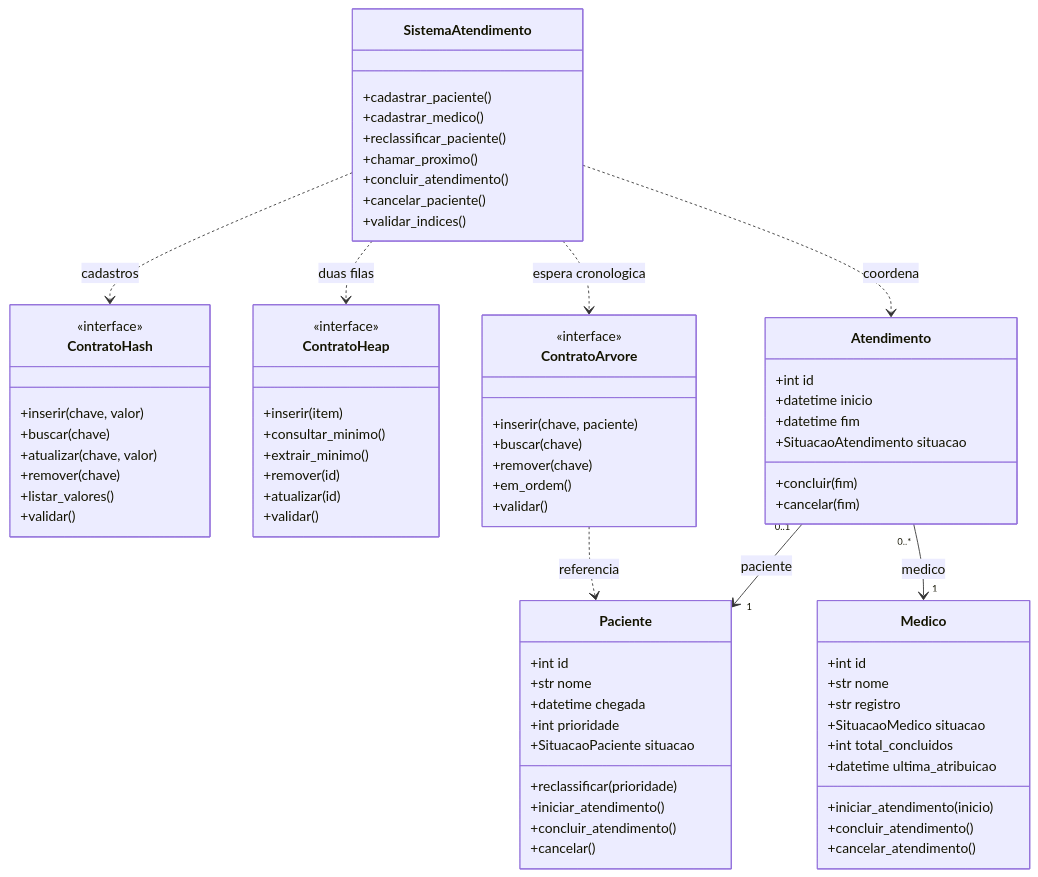
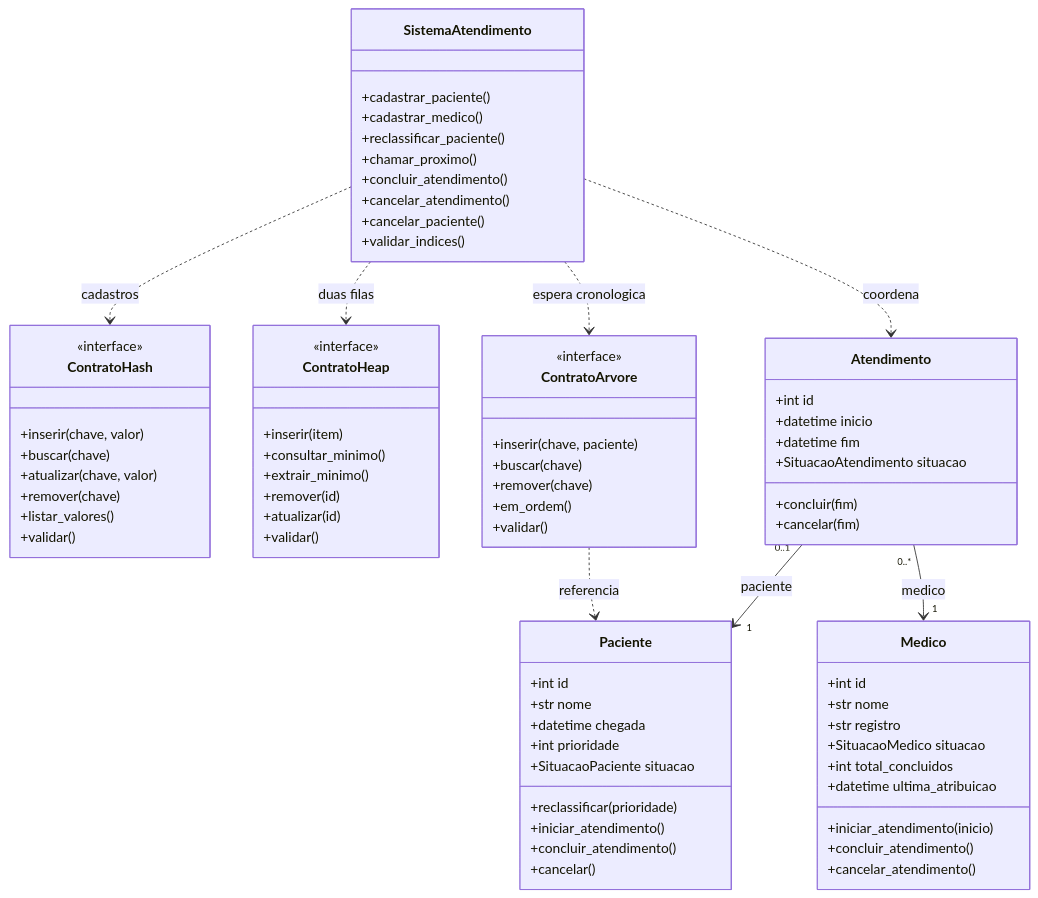
Before and after one commit to thiago-de-mattos/SIGAE: the diagram in docs/arquitetura.md, drawn with Mermaid. The commit also changed other lines of this file and 4 other files, not shown here.

````diff
--- a/docs/arquitetura.md
+++ b/docs/arquitetura.md
@@ -377,76 +329,77 @@
 ```mermaid
 classDiagram
     direction TB
     class SistemaAtendimento {
         +cadastrar_paciente()
         +cadastrar_medico()
         +reclassificar_paciente()
         +chamar_proximo()
         +concluir_atendimento()
+        +cancelar_atendimento()
         +cancelar_paciente()
         +validar_indices()
     }
     class ContratoHash {
         <<interface>>
         +inserir(chave, valor)
         +buscar(chave)
         +atualizar(chave, valor)
         +remover(chave)
         +listar_valores()
         +validar()
     }
     class ContratoHeap {
         <<interface>>
         +inserir(item)
         +consultar_minimo()
         +extrair_minimo()
         +remover(id)
         +atualizar(id)
         +validar()
     }
     class ContratoArvore {
         <<interface>>
         +inserir(chave, paciente)
         +buscar(chave)
         +remover(chave)
         +em_ordem()
         +validar()
     }
     class Paciente {
         +int id
         +str nome
         +datetime chegada
         +int prioridade
         +SituacaoPaciente situacao
         +reclassificar(prioridade)
         +iniciar_atendimento()
         +concluir_atendimento()
         +cancelar()
     }
     class Medico {
         +int id
         +str nome
         +str registro
         +SituacaoMedico situacao
         +int total_concluidos
         +datetime ultima_atribuicao
         +iniciar_atendimento(inicio)
         +concluir_atendimento()
         +cancelar_atendimento()
     }
     class Atendimento {
         +int id
         +datetime inicio
         +datetime fim
         +SituacaoAtendimento situacao
         +concluir(fim)
         +cancelar(fim)
     }
     SistemaAtendimento ..> ContratoHash : cadastros
     SistemaAtendimento ..> ContratoHeap : duas filas
     SistemaAtendimento ..> ContratoArvore : espera cronologica
     SistemaAtendimento ..> Atendimento : coordena
     ContratoArvore ..> Paciente : referencia
     Atendimento "0..1" --> "1" Paciente : paciente
     Atendimento "0..*" --> "1" Medico : medico
 ```
````
